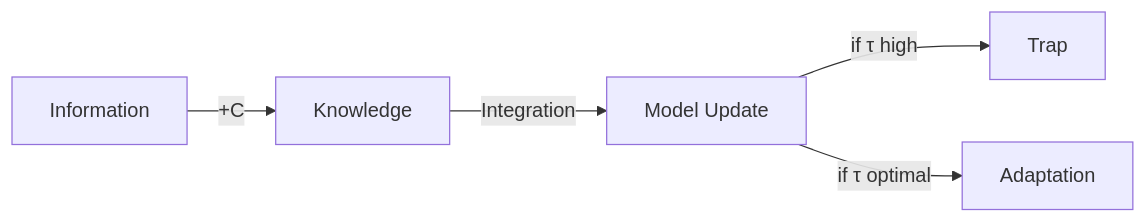
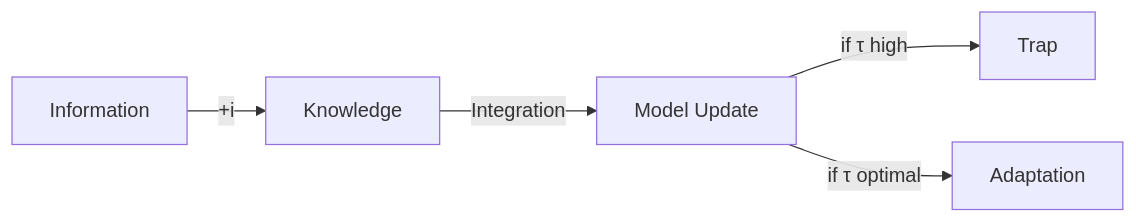
Before and after one commit to hyunjimoon/tolzul: the diagram in 문현지/🐅세련호랑지/베이즈창업/ambition as promise prior/style/🎹scale(약속설계).md, drawn with Mermaid. The commit also changed other lines of this file and 38 other files, not shown here.

````diff
--- a/문현지/🐅세련호랑지/베이즈창업/ambition as promise prior/style/🎹scale(약속설계).md
+++ b/문현지/🐅세련호랑지/베이즈창업/ambition as promise prior/style/🎹scale(약속설계).md
@@ -60,7 +63,7 @@
 ```mermaid
 graph LR
-    I[Information] -->|+C| K[Knowledge]
+    I[Information] -->|+i| K[Knowledge]
     K -->|Integration| M[Model Update]
     M -->|if τ high| T[Trap]
     M -->|if τ optimal| A[Adaptation]
 ```
````
